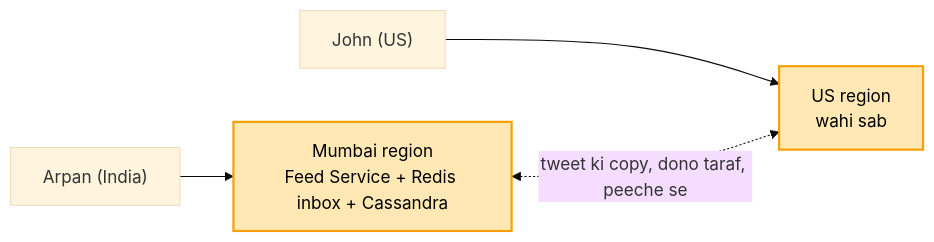
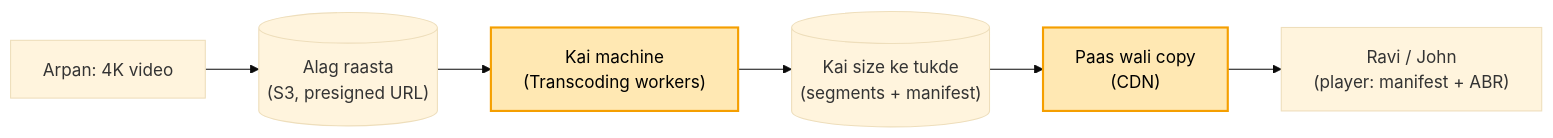
The third of 3 diagrams in 04_HLD/SYSTEM_DESIGNS/03_twitter_feed/03_twitter_feed.md (ArpanMaheshwari144/Prep), drawn with Mermaid (base theme) before and after one commit. The commit also changed other lines of this file and 13 other files, not shown here.

````diff
--- a/04_HLD/SYSTEM_DESIGNS/03_twitter_feed/03_twitter_feed.md
+++ b/04_HLD/SYSTEM_DESIGNS/03_twitter_feed/03_twitter_feed.md
@@ -429,8 +176,10 @@
 ```mermaid
 flowchart LR
-    A["Arpan (India)"] --> M["Mumbai region<br/>Feed Service + Redis inbox + Cassandra"]
-    J["John (US)"] --> U["US region<br/>wahi sab"]
-    M <-. "tweet ki copy, dono taraf, peeche se" .-> U
-    style M fill:#ffe8b3,stroke:#f59f00,stroke-width:2px,color:#000
-    style U fill:#ffe8b3,stroke:#f59f00,stroke-width:2px,color:#000
+    A["Arpan: 4K video"] --> S3[("Alag raasta<br/>(S3, presigned URL)")]
+    S3 --> W["Kai machine<br/>(Transcoding workers)"]
+    W --> T[("Kai size ke tukde<br/>(segments + manifest)")]
+    T --> CDN["Paas wali copy<br/>(CDN)"]
+    CDN --> R["Ravi / John<br/>(player: manifest + ABR)"]
+    style W fill:#ffe8b3,stroke:#f59f00,stroke-width:2px,color:#000
+    style CDN fill:#ffe8b3,stroke:#f59f00,stroke-width:2px,color:#000
 ```
````
